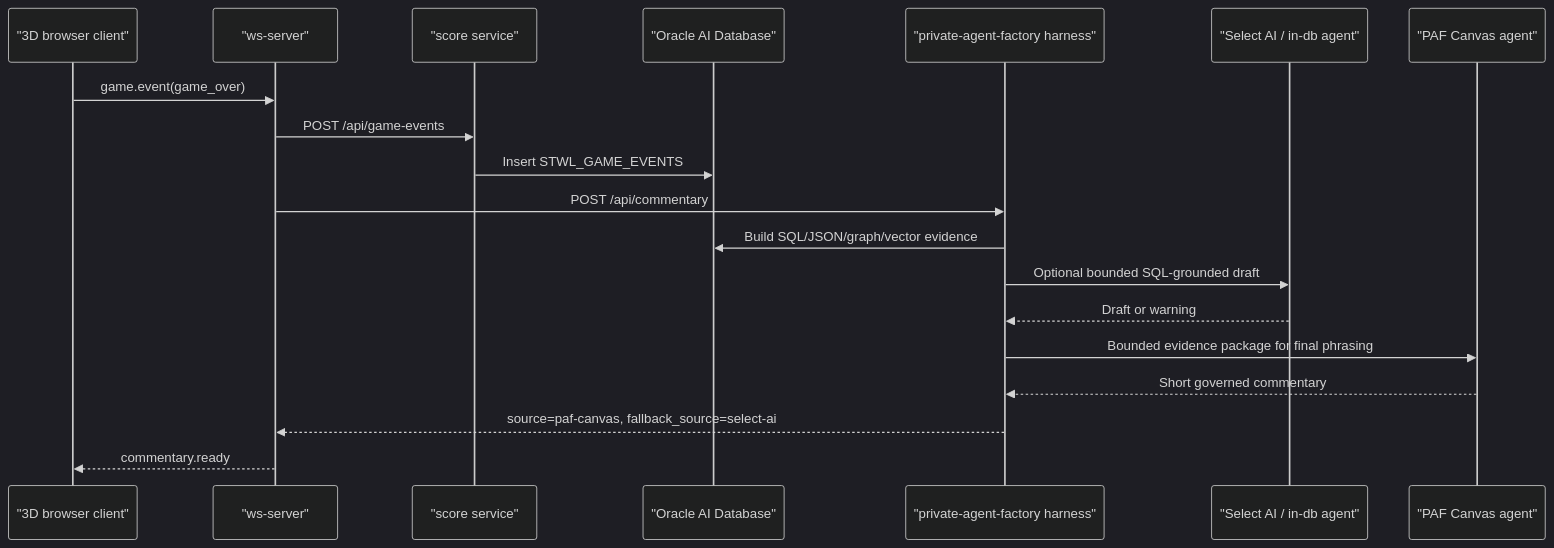
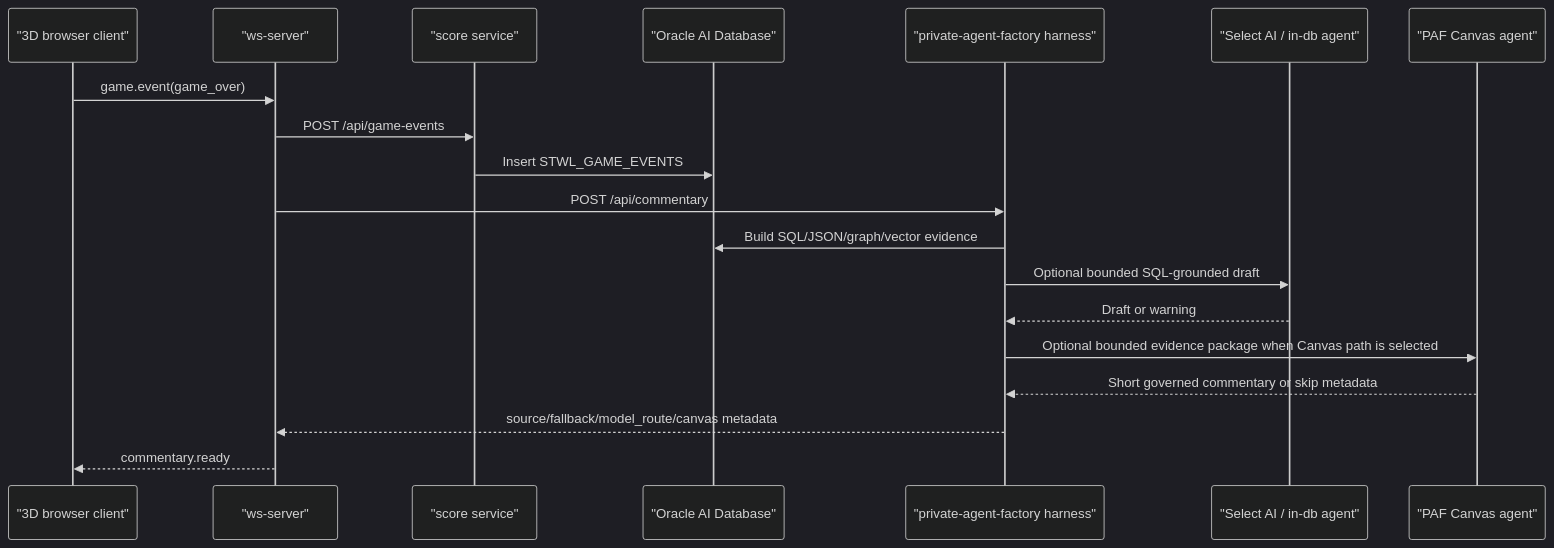
The second of 2 diagrams in event-pack/save-the-wildlife-ai-database-demo/architecture.md (WSPluta/save-the-wildlife), drawn with Mermaid (dark theme) before and after one commit. The commit also changed 15 other files, not shown here.

````diff
--- a/event-pack/save-the-wildlife-ai-database-demo/architecture.md
+++ b/event-pack/save-the-wildlife-ai-database-demo/architecture.md
@@ -86,22 +86,22 @@
 ```mermaid
 sequenceDiagram
   participant Client as "3D browser client"
   participant WS as "ws-server"
   participant Score as "score service"
   participant DB as "Oracle AI Database"
   participant PAF as "private-agent-factory harness"
   participant SelectAI as "Select AI / in-db agent"
   participant Canvas as "PAF Canvas agent"
 
   Client->>WS: game.event(game_over)
   WS->>Score: POST /api/game-events
   Score->>DB: Insert STWL_GAME_EVENTS
   WS->>PAF: POST /api/commentary
   PAF->>DB: Build SQL/JSON/graph/vector evidence
   PAF->>SelectAI: Optional bounded SQL-grounded draft
   SelectAI-->>PAF: Draft or warning
-  PAF->>Canvas: Bounded evidence package for final phrasing
-  Canvas-->>PAF: Short governed commentary
-  PAF-->>WS: source=paf-canvas, fallback_source=select-ai
+  PAF->>Canvas: Optional bounded evidence package when Canvas path is selected
+  Canvas-->>PAF: Short governed commentary or skip metadata
+  PAF-->>WS: source/fallback/model_route/canvas metadata
   WS-->>Client: commentary.ready
 ```
````
